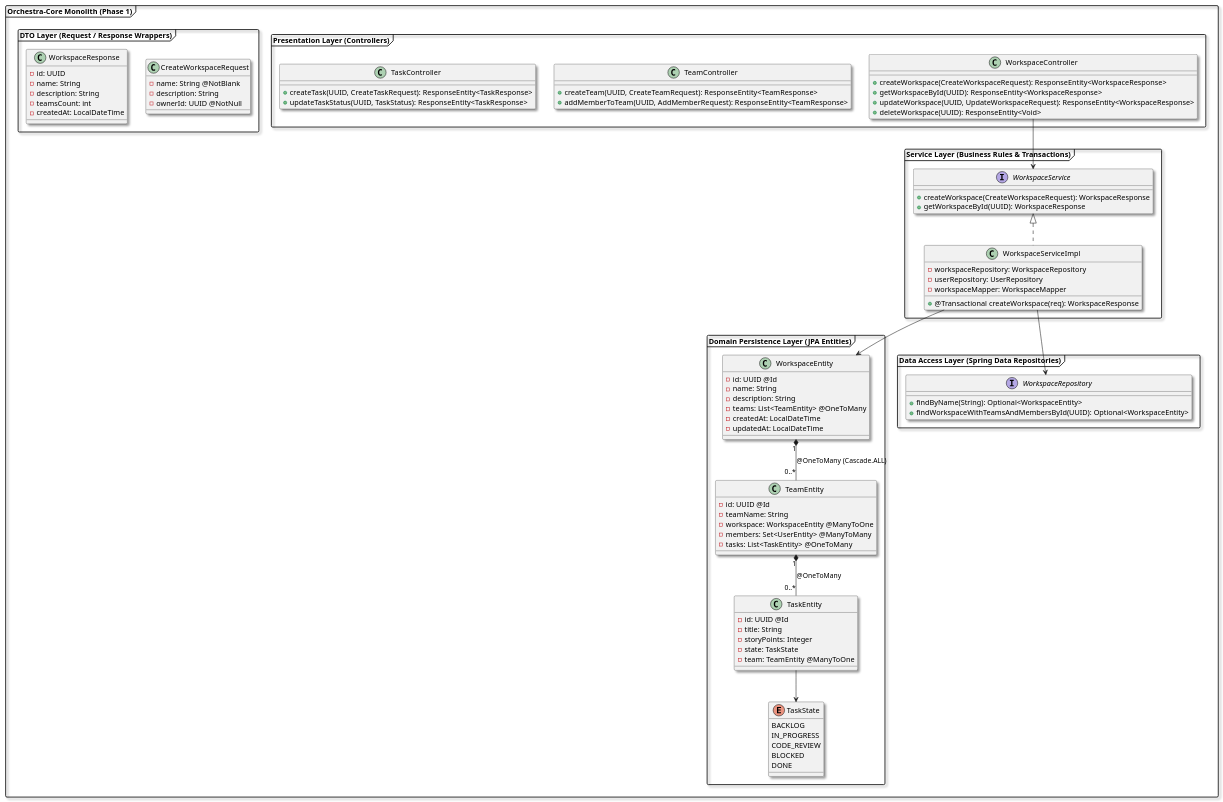
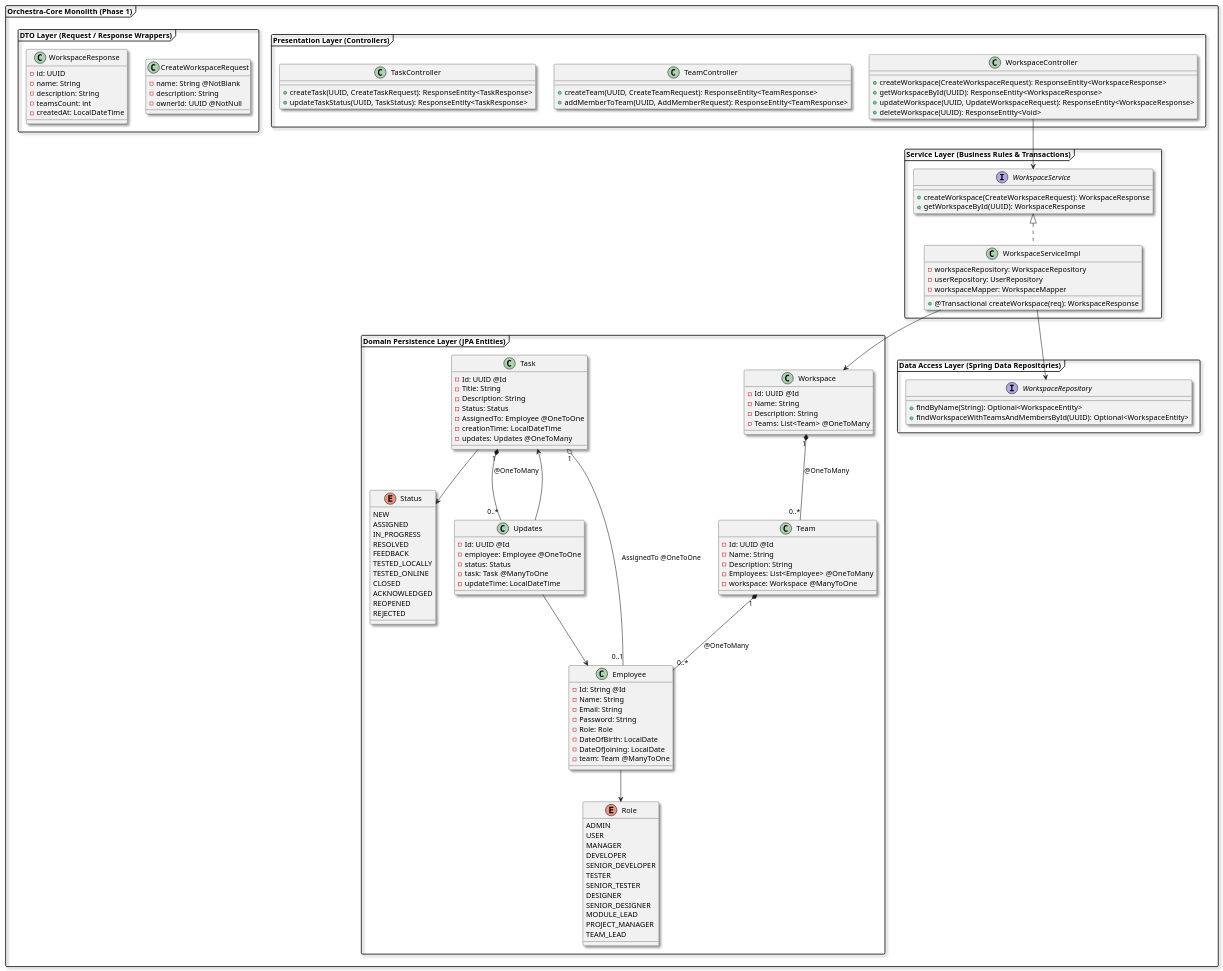
The diagram in docs/image/architecture/Orchestation_lld.puml (Ash4059/Orchestation), drawn with PlantUML before and after one commit. The commit also changed 1 other file, not shown here.

Commit message:
chore: sync PlantUML diagram with current JPA entities and fix workflow path
Update Orchestation_lld.puml to reflect current entity classes and relationships; adjust GitHub Actions workflow to watch docs/image/**/*.puml (was docs/images/**).

```diff
--- a/docs/image/architecture/Orchestation_lld.puml
+++ b/docs/image/architecture/Orchestation_lld.puml
@@ -1,108 +1,153 @@
 @startuml Orchestra_Core_Phase1_LLD
 
 skinparam componentStyle uml2
 skinparam Monochrome false
 skinparam Shadowing true
 skinparam packageStyle Frame
 
 package "Orchestra-Core Monolith (Phase 1)" {
 
     package "Presentation Layer (Controllers)" {
         class WorkspaceController {
             + createWorkspace(CreateWorkspaceRequest): ResponseEntity<WorkspaceResponse>
             + getWorkspaceById(UUID): ResponseEntity<WorkspaceResponse>
             + updateWorkspace(UUID, UpdateWorkspaceRequest): ResponseEntity<WorkspaceResponse>
             + deleteWorkspace(UUID): ResponseEntity<Void>
         }
 
         class TeamController {
             + createTeam(UUID, CreateTeamRequest): ResponseEntity<TeamResponse>
             + addMemberToTeam(UUID, AddMemberRequest): ResponseEntity<TeamResponse>
         }
 
         class TaskController {
             + createTask(UUID, CreateTaskRequest): ResponseEntity<TaskResponse>
             + updateTaskStatus(UUID, TaskStatus): ResponseEntity<TaskResponse>
         }
     }
 
     package "DTO Layer (Request / Response Wrappers)" {
         class CreateWorkspaceRequest {
             - name: String @NotBlank
             - description: String
             - ownerId: UUID @NotNull
         }
         class WorkspaceResponse {
             - id: UUID
             - name: String
             - description: String
             - teamsCount: int
             - createdAt: LocalDateTime
         }
     }
 
     package "Service Layer (Business Rules & Transactions)" {
         interface WorkspaceService {
             + createWorkspace(CreateWorkspaceRequest): WorkspaceResponse
             + getWorkspaceById(UUID): WorkspaceResponse
         }
         
         class WorkspaceServiceImpl implements WorkspaceService {
             - workspaceRepository: WorkspaceRepository
             - userRepository: UserRepository
             - workspaceMapper: WorkspaceMapper
             + @Transactional createWorkspace(req): WorkspaceResponse
         }
     }
 
     package "Domain Persistence Layer (JPA Entities)" {
-        class WorkspaceEntity {
-            - id: UUID @Id
-            - name: String
-            - description: String
-            - teams: List<TeamEntity> @OneToMany
-            - createdAt: LocalDateTime
-            - updatedAt: LocalDateTime
+        class Workspace {
+            - Id: UUID @Id
+            - Name: String
+            - Description: String
+            - Teams: List<Team> @OneToMany
         }
 
-        class TeamEntity {
-            - id: UUID @Id
-            - teamName: String
-            - workspace: WorkspaceEntity @ManyToOne
-            - members: Set<UserEntity> @ManyToMany
-            - tasks: List<TaskEntity> @OneToMany
+        class Team {
+            - Id: UUID @Id
+            - Name: String
+            - Description: String
+            - Employees: List<Employee> @OneToMany
+            - workspace: Workspace @ManyToOne
         }
 
-        class TaskEntity {
-            - id: UUID @Id
-            - title: String
-            - storyPoints: Integer
-            - state: TaskState
-            - team: TeamEntity @ManyToOne
+        class Employee {
+            - Id: String @Id
+            - Name: String
+            - Email: String
+            - Password: String
+            - Role: Role
+            - DateOfBirth: LocalDate
+            - DateOfJoining: LocalDate
+            - team: Team @ManyToOne
         }
 
-        enum TaskState {
-            BACKLOG
+        class Task {
+            - Id: UUID @Id
+            - Title: String
+            - Description: String
+            - Status: Status
+            - AssignedTo: Employee @OneToOne
+            - creationTime: LocalDateTime
+            - updates: Updates @OneToMany
+        }
+
+        class Updates {
+            - Id: UUID @Id
+            - employee: Employee @OneToOne
+            - status: Status
+            - task: Task @ManyToOne
+            - updateTime: LocalDateTime
+        }
+
+        enum Role {
+            ADMIN
+            USER
+            MANAGER
+            DEVELOPER
+            SENIOR_DEVELOPER
+            TESTER
+            SENIOR_TESTER
+            DESIGNER
+            SENIOR_DESIGNER
+            MODULE_LEAD
+            PROJECT_MANAGER
+            TEAM_LEAD
+        }
+
+        enum Status {
+            NEW
+            ASSIGNED
             IN_PROGRESS
-            CODE_REVIEW
-            BLOCKED
-            DONE
+            RESOLVED
+            FEEDBACK
+            TESTED_LOCALLY
+            TESTED_ONLINE
+            CLOSED
+            ACKNOWLEDGED
+            REOPENED
+            REJECTED
         }
     }
 
     package "Data Access Layer (Spring Data Repositories)" {
         interface WorkspaceRepository {
             + findByName(String): Optional<WorkspaceEntity>
             + findWorkspaceWithTeamsAndMembersById(UUID): Optional<WorkspaceEntity>
         }
     }
 }
 
 WorkspaceController --> WorkspaceService
 WorkspaceServiceImpl --> WorkspaceRepository
-WorkspaceServiceImpl --> WorkspaceEntity
-WorkspaceEntity "1" *-- "0..*" TeamEntity : @OneToMany (Cascade.ALL)
-TeamEntity "1" *-- "0..*" TaskEntity : @OneToMany
-TaskEntity --> TaskState
+WorkspaceServiceImpl --> Workspace
+Workspace "1" *-- "0..*" Team : @OneToMany
+Team "1" *-- "0..*" Employee : @OneToMany
+Employee --> Role
+Task --> Status
+Task "1" o-- "0..1" Employee : AssignedTo @OneToOne
+Task "1" *-- "0..*" Updates : @OneToMany
+Updates --> Employee
+Updates --> Task
 
 @enduml
```
